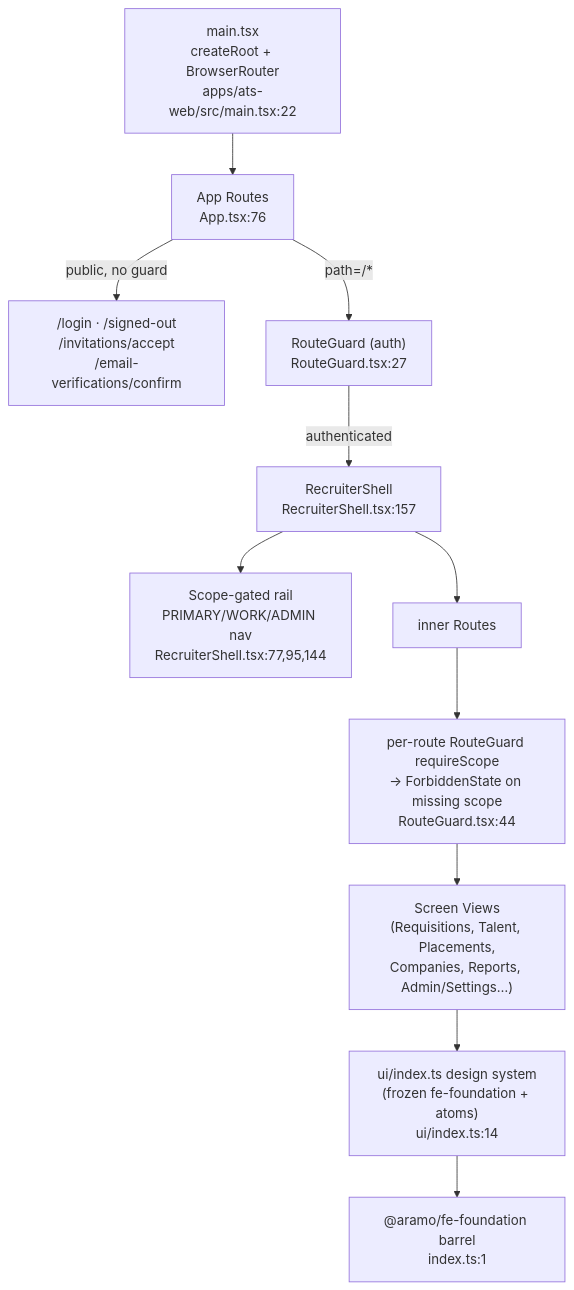
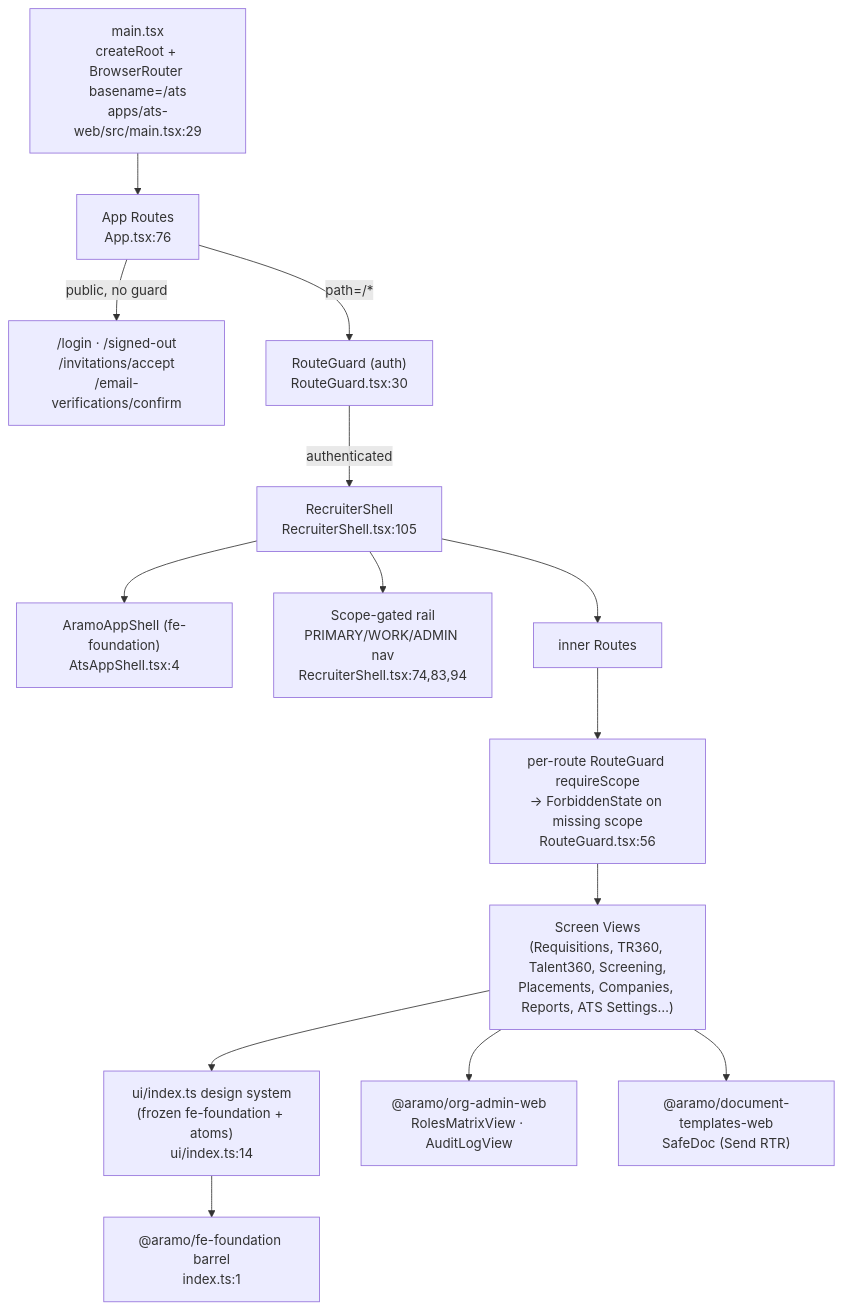
Before and after one commit to astreinc/aramo-platform: the first of 4 diagrams in doc/recon/as-built/D13-frontend-architecture-screens.md, drawn with Mermaid. The commit also changed other lines of this file and 59 other files, not shown here.

````diff
--- a/doc/recon/as-built/D13-frontend-architecture-screens.md
+++ b/doc/recon/as-built/D13-frontend-architecture-screens.md
@@ -109,13 +168,16 @@
 ```mermaid
 flowchart TD
-  main["main.tsx<br/>createRoot + BrowserRouter<br/>apps/ats-web/src/main.tsx:22"] --> App["App Routes<br/>App.tsx:76"]
+  main["main.tsx<br/>createRoot + BrowserRouter basename=/ats<br/>apps/ats-web/src/main.tsx:29"] --> App["App Routes<br/>App.tsx:76"]
   App -->|"public, no guard"| Pub["/login · /signed-out<br/>/invitations/accept<br/>/email-verifications/confirm"]
-  App -->|"path=/*"| RG0["RouteGuard (auth)<br/>RouteGuard.tsx:27"]
-  RG0 -->|authenticated| Shell["RecruiterShell<br/>RecruiterShell.tsx:157"]
-  Shell --> Rail["Scope-gated rail<br/>PRIMARY/WORK/ADMIN nav<br/>RecruiterShell.tsx:77,95,144"]
+  App -->|"path=/*"| RG0["RouteGuard (auth)<br/>RouteGuard.tsx:30"]
+  RG0 -->|authenticated| Shell["RecruiterShell<br/>RecruiterShell.tsx:105"]
+  Shell --> Grid["AramoAppShell (fe-foundation)<br/>AtsAppShell.tsx:4"]
+  Shell --> Rail["Scope-gated rail<br/>PRIMARY/WORK/ADMIN nav<br/>RecruiterShell.tsx:74,83,94"]
   Shell --> Inner["inner Routes"]
-  Inner --> RGs["per-route RouteGuard requireScope<br/>→ ForbiddenState on missing scope<br/>RouteGuard.tsx:44"]
-  RGs --> Screens["Screen Views<br/>(Requisitions, Talent, Placements,<br/>Companies, Reports, Admin/Settings…)"]
+  Inner --> RGs["per-route RouteGuard requireScope<br/>→ ForbiddenState on missing scope<br/>RouteGuard.tsx:56"]
+  RGs --> Screens["Screen Views<br/>(Requisitions, TR360, Talent360, Screening,<br/>Placements, Companies, Reports, ATS Settings…)"]
   Screens --> UI["ui/index.ts design system<br/>(frozen fe-foundation + atoms)<br/>ui/index.ts:14"]
+  Screens --> OAW["@aramo/org-admin-web<br/>RolesMatrixView · AuditLogView"]
+  Screens --> DTW["@aramo/document-templates-web<br/>SafeDoc (Send RTR)"]
   UI --> FF["@aramo/fe-foundation barrel<br/>index.ts:1"]
 ```
````
